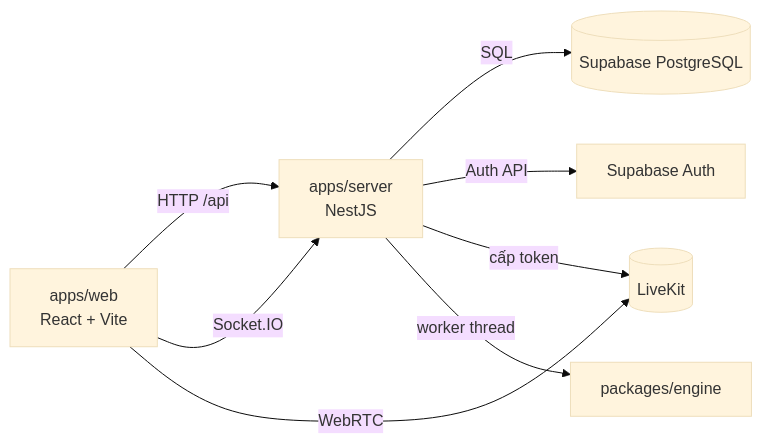
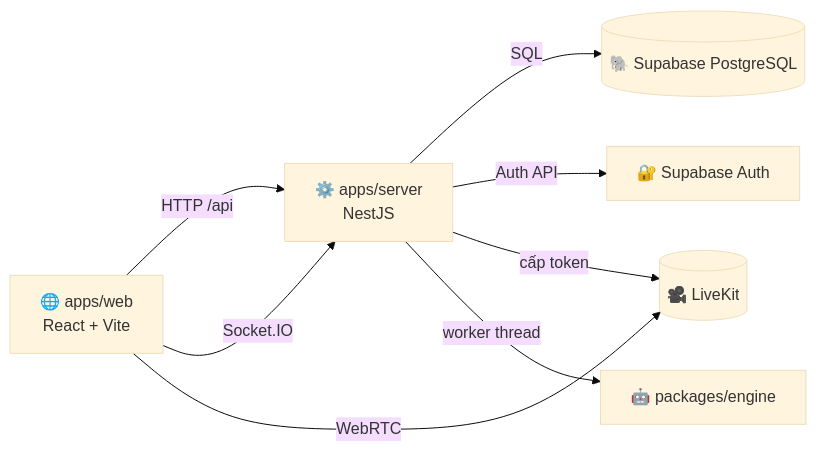
One commit to twotnguyen/XIANGQI changed the diagram in README.md. Above: the diagram before and after it, drawn with Mermaid (base theme). The commit also changed other lines of this file and 5 other files, not shown here.

````diff
--- a/README.md
+++ b/README.md
@@ -38,10 +113,10 @@
 ```mermaid
 flowchart LR
-  Web["apps/web<br/>React + Vite"] -- "HTTP /api" --> Server["apps/server<br/>NestJS"]
+  Web["🌐 apps/web<br/>React + Vite"] -- "HTTP /api" --> Server["⚙️ apps/server<br/>NestJS"]
   Web -- "Socket.IO" --> Server
-  Web -- "WebRTC" --> LiveKit[(LiveKit)]
-  Server -- "SQL" --> DB[(Supabase PostgreSQL)]
-  Server -- "Auth API" --> Auth[Supabase Auth]
+  Web -- "WebRTC" --> LiveKit[("🎥 LiveKit")]
+  Server -- "SQL" --> DB[("🐘 Supabase PostgreSQL")]
+  Server -- "Auth API" --> Auth["🔐 Supabase Auth"]
   Server -- "cấp token" --> LiveKit
-  Server -- "worker thread" --> Engine["packages/engine"]
+  Server -- "worker thread" --> Engine["🤖 packages/engine"]
 ```
````
